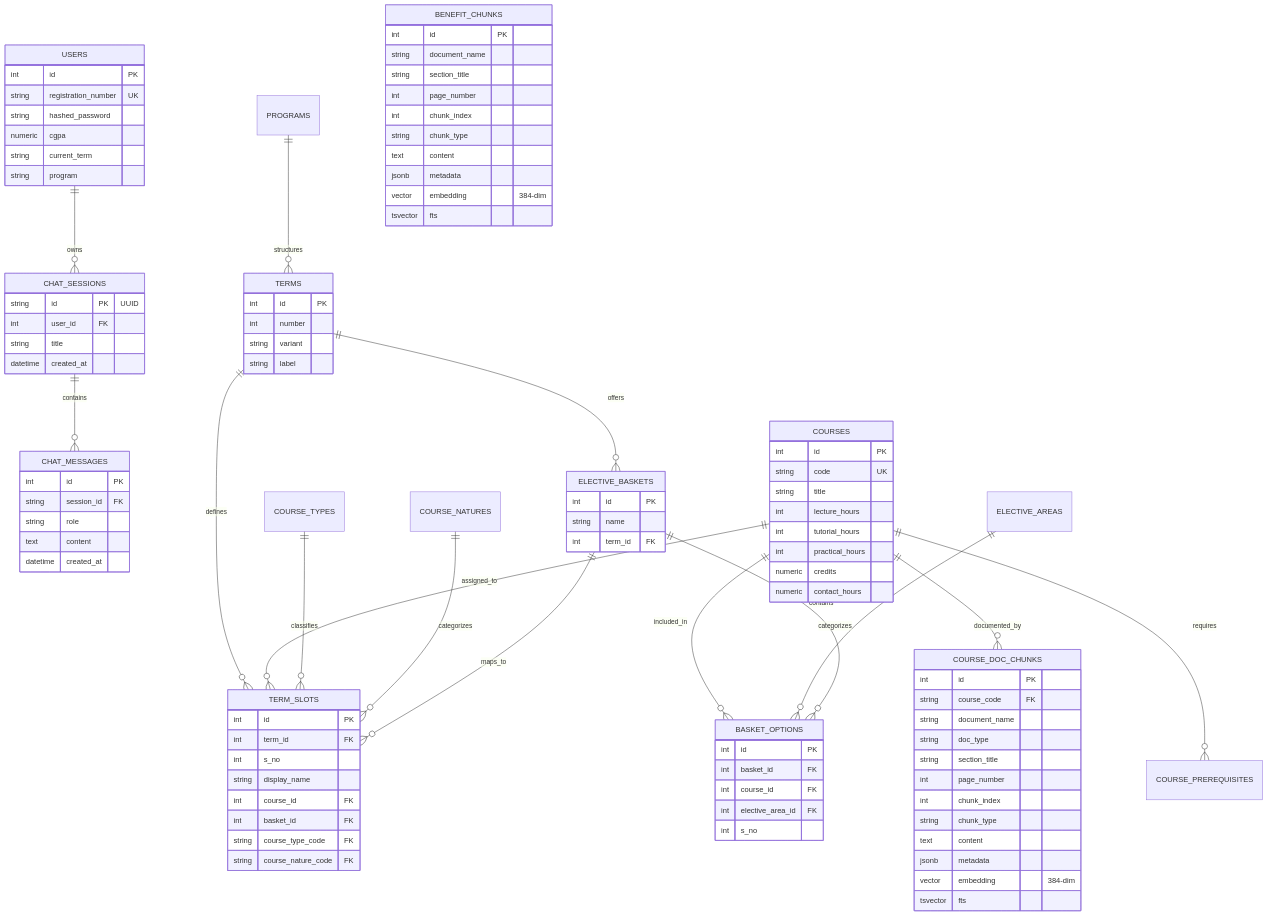
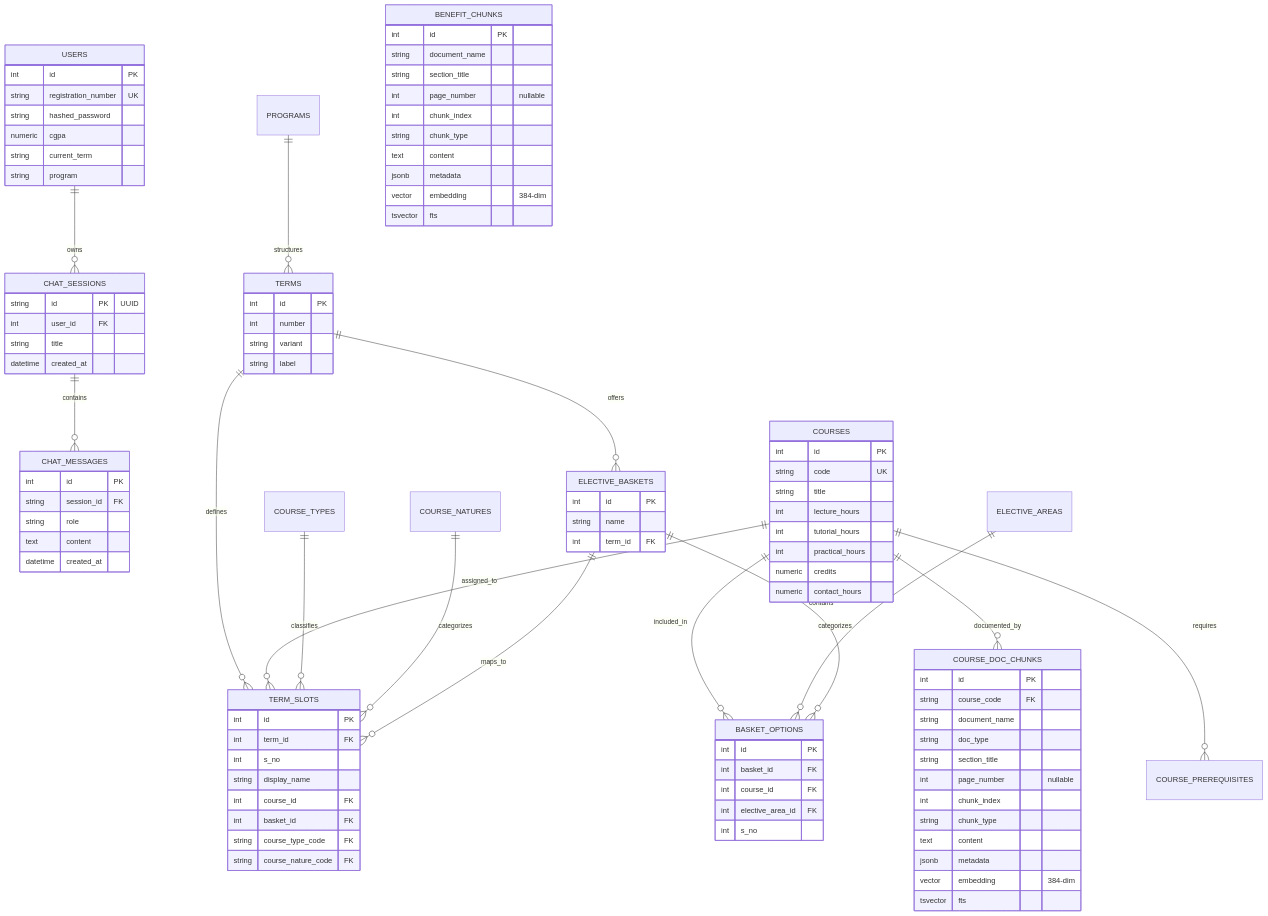
The diagram in docs/DATABASE_SCHEMA.md (Tanishquppal220/CourseCompas), drawn with Mermaid before and after one commit. The commit also changed other lines of this file and 49 other files, not shown here.

```diff
--- a/docs/DATABASE_SCHEMA.md
+++ b/docs/DATABASE_SCHEMA.md
@@ -101,7 +101,7 @@
         string document_name
         string doc_type
         string section_title
-        int page_number
+        int page_number "nullable"
         int chunk_index
         string chunk_type
         text content
@@ -114,7 +114,7 @@
         int id PK
         string document_name
         string section_title
-        int page_number
+        int page_number "nullable"
         int chunk_index
         string chunk_type
         text content
```
